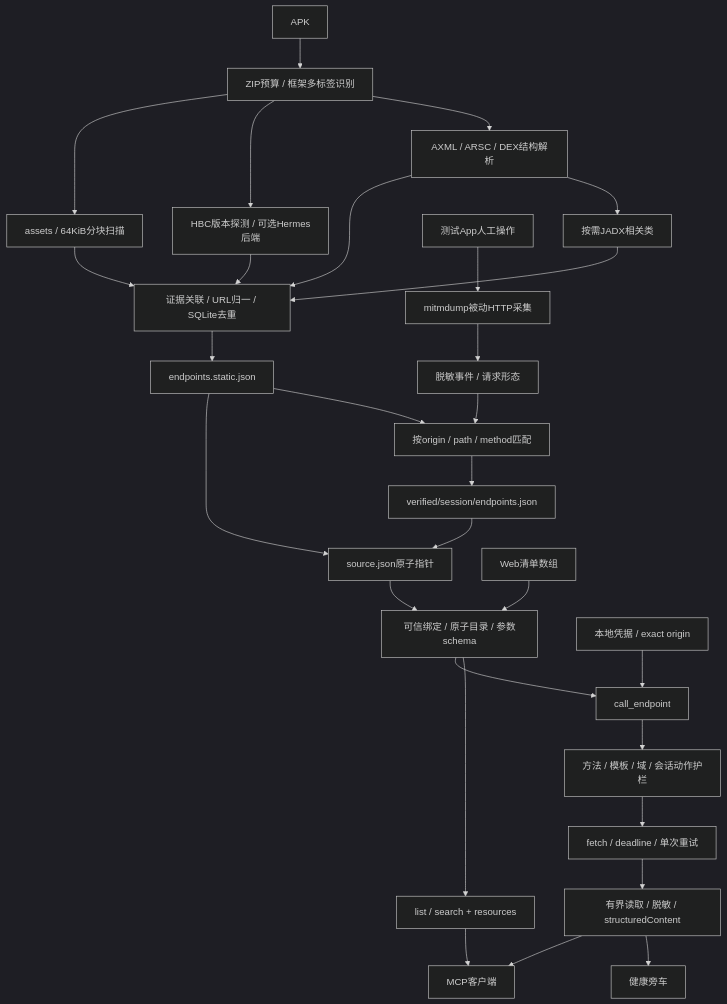
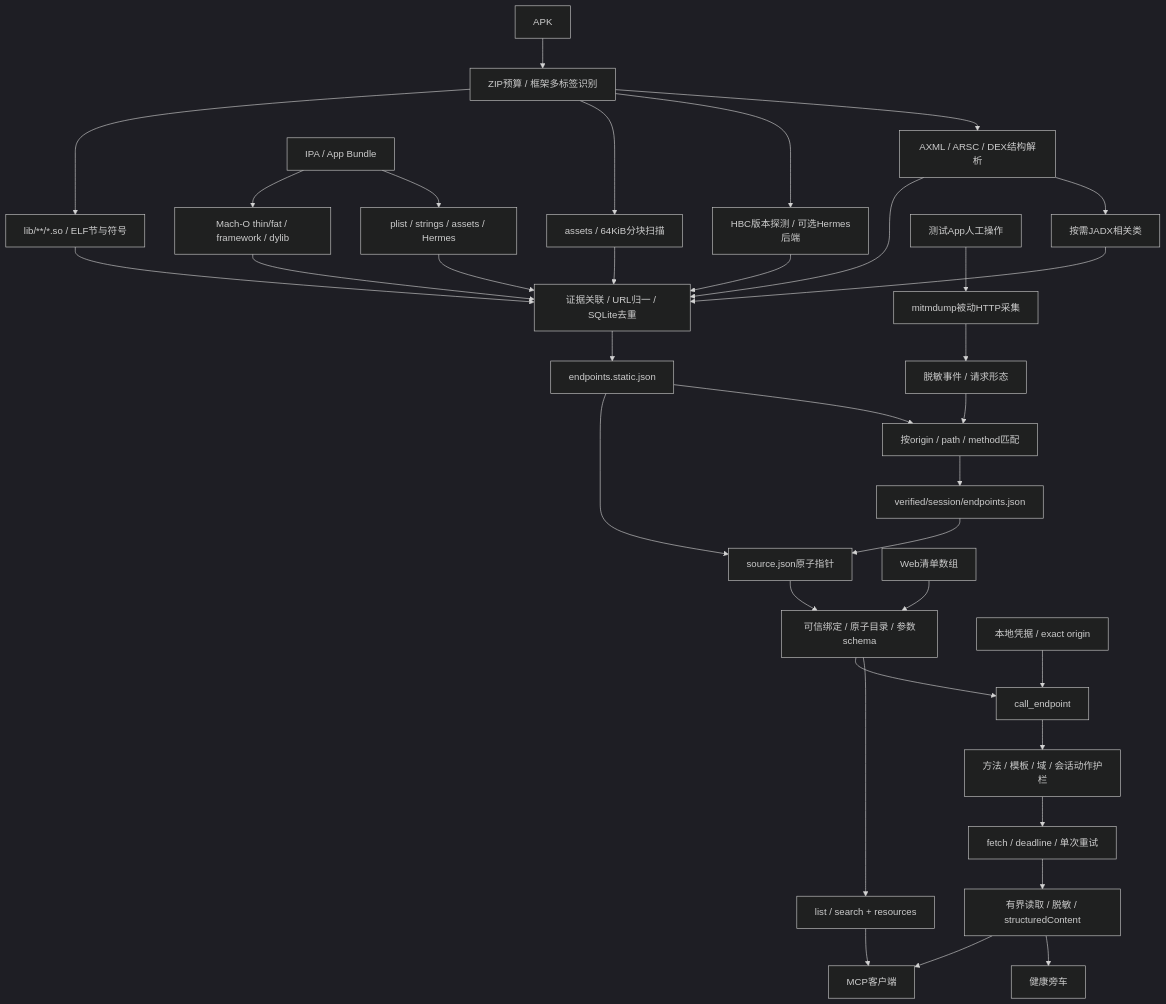
One commit to 8eeth0ven/bfs-clicker changed the diagram in docs/apk-mcp-architecture.md. Above: the diagram before and after it, drawn with Mermaid (dark theme). The commit also changed other lines of this file and 44 other files, not shown here.

First line of the commit message:
feat: add iOS inventories and native ELF Mach-O evidence

````diff
--- a/docs/apk-mcp-architecture.md
+++ b/docs/apk-mcp-architecture.md
@@ -7,31 +7,37 @@
 ```mermaid
 flowchart TD
   APK[APK] --> ZIP[ZIP预算 / 框架多标签识别]
   ZIP --> R[AXML / ARSC / DEX结构解析]
   ZIP --> H[HBC版本探测 / 可选Hermes后端]
   ZIP --> S[assets / 64KiB分块扫描]
+  ZIP --> ELF[lib/**/*.so / ELF节与符号]
+  IPA[IPA / App Bundle] --> IOS[plist / strings / assets / Hermes]
+  IPA --> MACHO[Mach-O thin/fat / framework / dylib]
+  ELF --> N
+  IOS --> N
+  MACHO --> N
   R --> J[按需JADX相关类]
   R --> N[证据关联 / URL归一 / SQLite去重]
   H --> N
   S --> N
   J --> N
   N --> STATIC[endpoints.static.json]
   APP[测试App人工操作] --> MITM[mitmdump被动HTTP采集]
   MITM --> OBS[脱敏事件 / 请求形态]
   OBS --> V[按origin / path / method匹配]
   STATIC --> V
   V --> VERIFIED[verified/session/endpoints.json]
   STATIC --> PTR[source.json原子指针]
   VERIFIED --> PTR
   PTR --> REG[可信绑定 / 原子目录 / 参数schema]
   WEB[Web清单数组] --> REG
   REG --> FIND[list / search + resources]
   REG --> CALL[call_endpoint]
   AUTH[本地凭据 / exact origin] --> CALL
   CALL --> GUARD[方法 / 模板 / 域 / 会话动作护栏]
   GUARD --> FETCH[fetch / deadline / 单次重试]
   FETCH --> OUTPUT[有界读取 / 脱敏 / structuredContent]
   OUTPUT --> HEALTH[健康旁车]
   FIND --> CLIENT[MCP客户端]
   OUTPUT --> CLIENT
 ```
````
